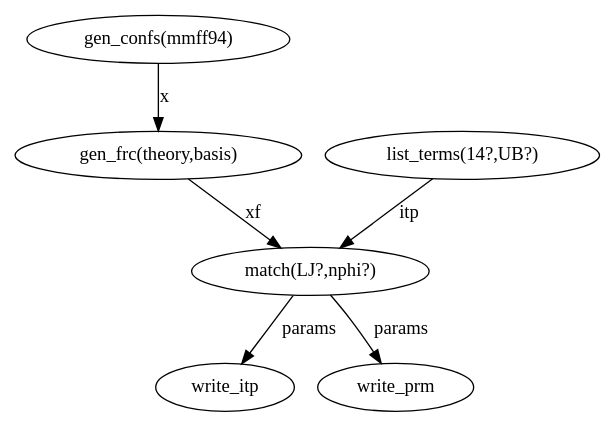
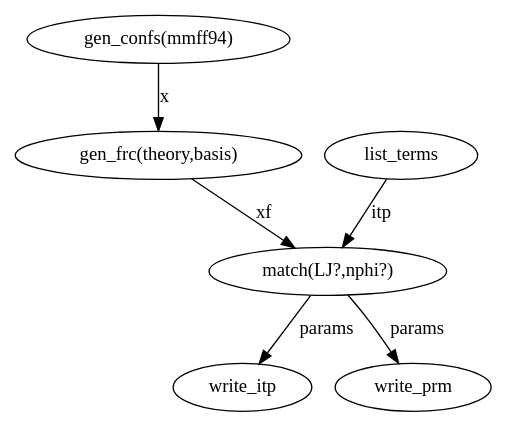
Before and after one commit to frobnitzem/chemparam: the diagram in process.dot, drawn with Graphviz. The commit also changed 8 other files, not shown here.

```diff
--- a/process.dot
+++ b/process.dot
@@ -1,11 +1,11 @@
 digraph ChemParam {
   "gen_confs"     [label="gen_confs(mmff94)" rank=0];
   "gen_frc"       [label="gen_frc(theory,basis)" rank=1];
-  "list_terms"    [label="list_terms(14?,UB?)" rank=1];
+  "list_terms"    [label="list_terms" rank=1];
   "match"         [label="match(LJ?,nphi?)" rank=2];
   "gen_confs" -> "gen_frc" [label="x"];
   "gen_frc" -> "match"     [label="xf"]; // xf ~ Ang, kcal/mol/Ang
   "list_terms" -> "match"  [label="itp"];
   "match" -> "write_itp"   [label="params"];
   "match" -> "write_prm"   [label="params"];
 }
```
